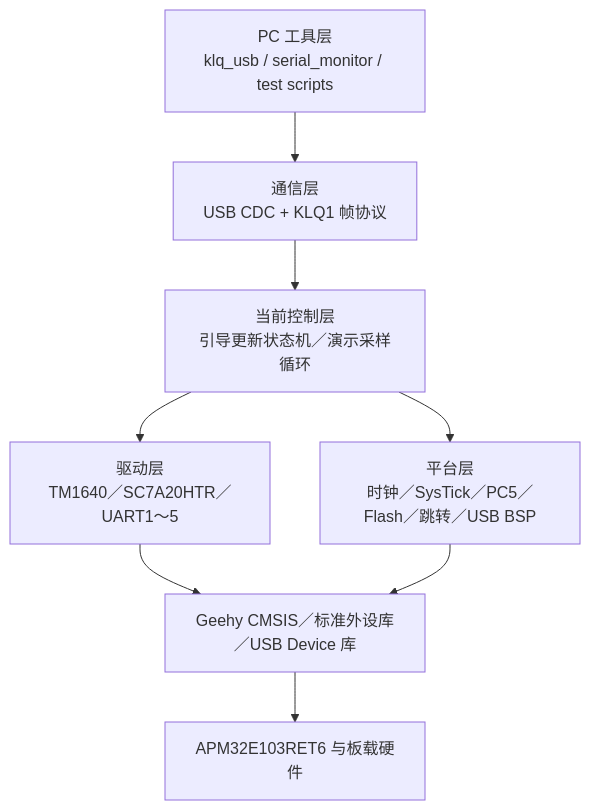
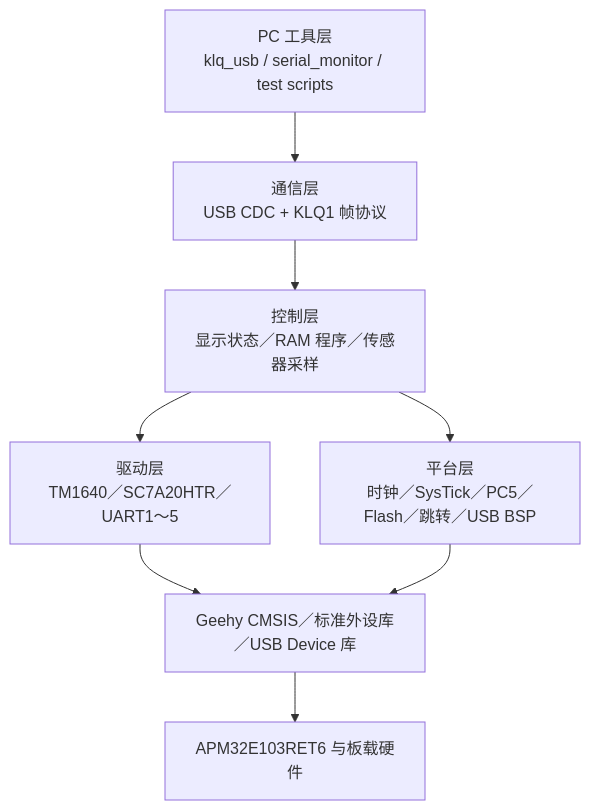
Before and after one commit to msl1831/KLQ_V2: the second of 6 diagrams in docs/architecture_current.md, drawn with Mermaid. The commit also changed other lines of this file and 18 other files, not shown here.

````diff
--- a/docs/architecture_current.md
+++ b/docs/architecture_current.md
@@ -75,18 +75,18 @@
 ```mermaid
 flowchart TB
     HOST[PC 工具层<br/>klq_usb / serial_monitor / test scripts]
     PROTO[通信层<br/>USB CDC + KLQ1 帧协议]
-    SERVICE[当前控制层<br/>引导更新状态机／演示采样循环]
+    SERVICE[控制层<br/>显示状态／RAM 程序／传感器采样]
     DRIVER[驱动层<br/>TM1640／SC7A20HTR／UART1～5]
     PLATFORM[平台层<br/>时钟／SysTick／PC5／Flash／跳转／USB BSP]
     SDK[Geehy CMSIS／标准外设库／USB Device 库]
     HW[APM32E103RET6 与板载硬件]
 
     HOST --> PROTO
     PROTO --> SERVICE
     SERVICE --> DRIVER
     SERVICE --> PLATFORM
     DRIVER --> SDK
     PLATFORM --> SDK
     SDK --> HW
 ```
````
